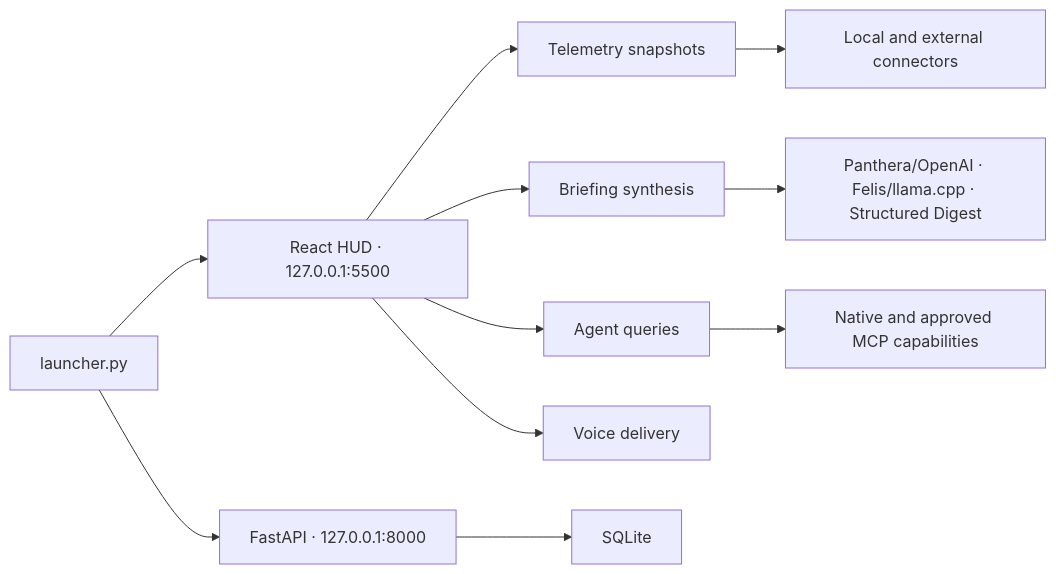
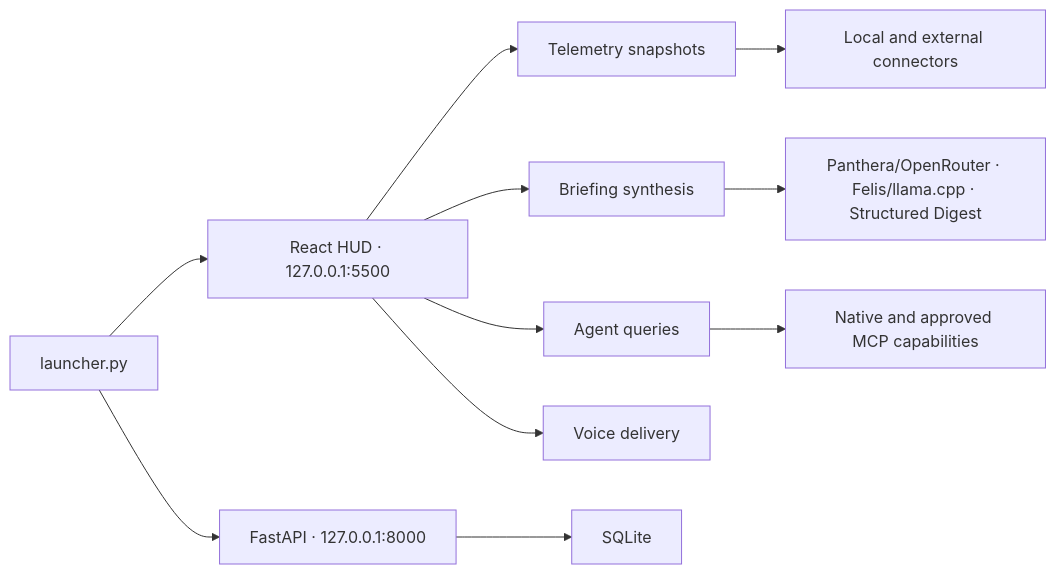
Before and after one commit to edumarcano/APEX: the diagram in README.md, drawn with Mermaid. The commit also changed 13 other files, not shown here.

````diff
--- a/README.md
+++ b/README.md
@@ -74,13 +74,13 @@
 ```mermaid
 flowchart LR
     L["launcher.py"] --> API["FastAPI · 127.0.0.1:8000"]
     L --> HUD["React HUD · 127.0.0.1:5500"]
     HUD --> T["Telemetry snapshots"]
     HUD --> B["Briefing synthesis"]
     HUD --> A["Agent queries"]
     HUD --> V["Voice delivery"]
     T --> C["Local and external connectors"]
-    B --> M["Panthera/OpenAI · Felis/llama.cpp · Structured Digest"]
+    B --> M["Panthera/OpenRouter · Felis/llama.cpp · Structured Digest"]
     A --> P["Native and approved MCP capabilities"]
     API --> DB["SQLite"]
 ```
````
